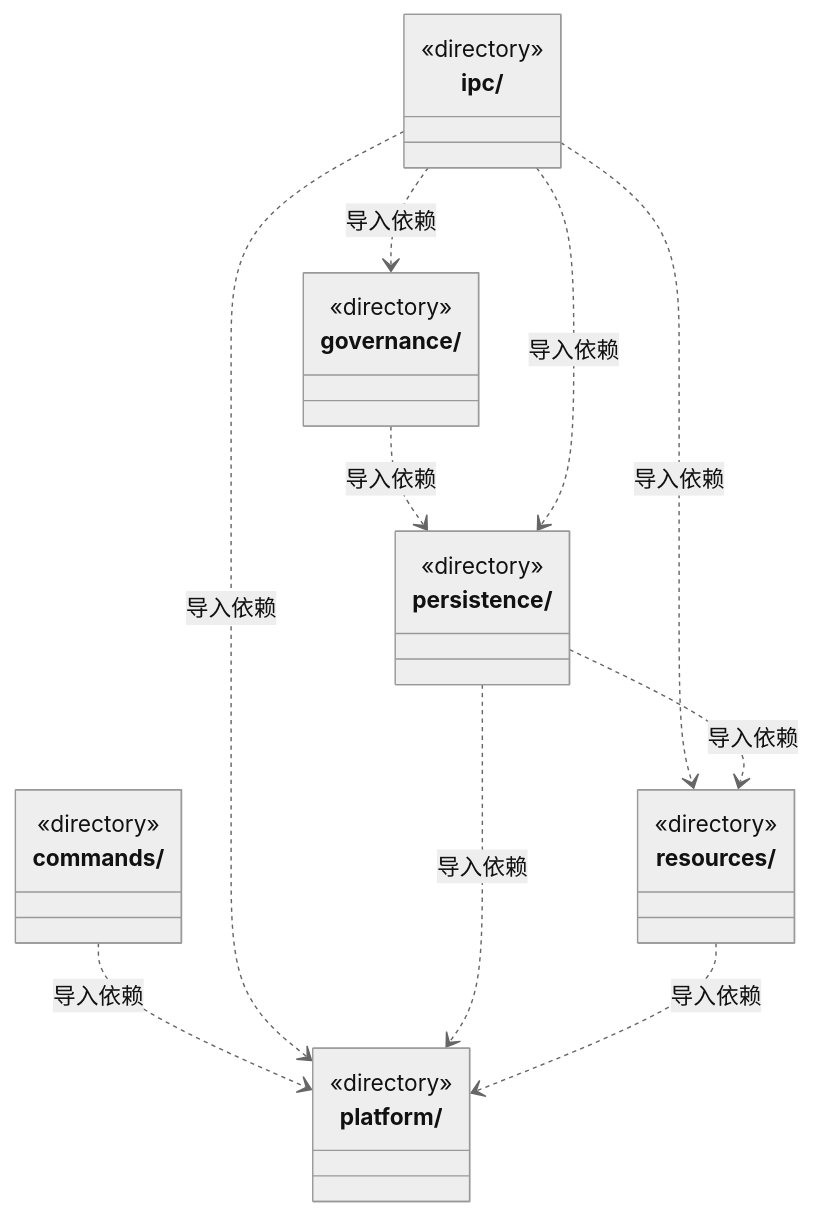
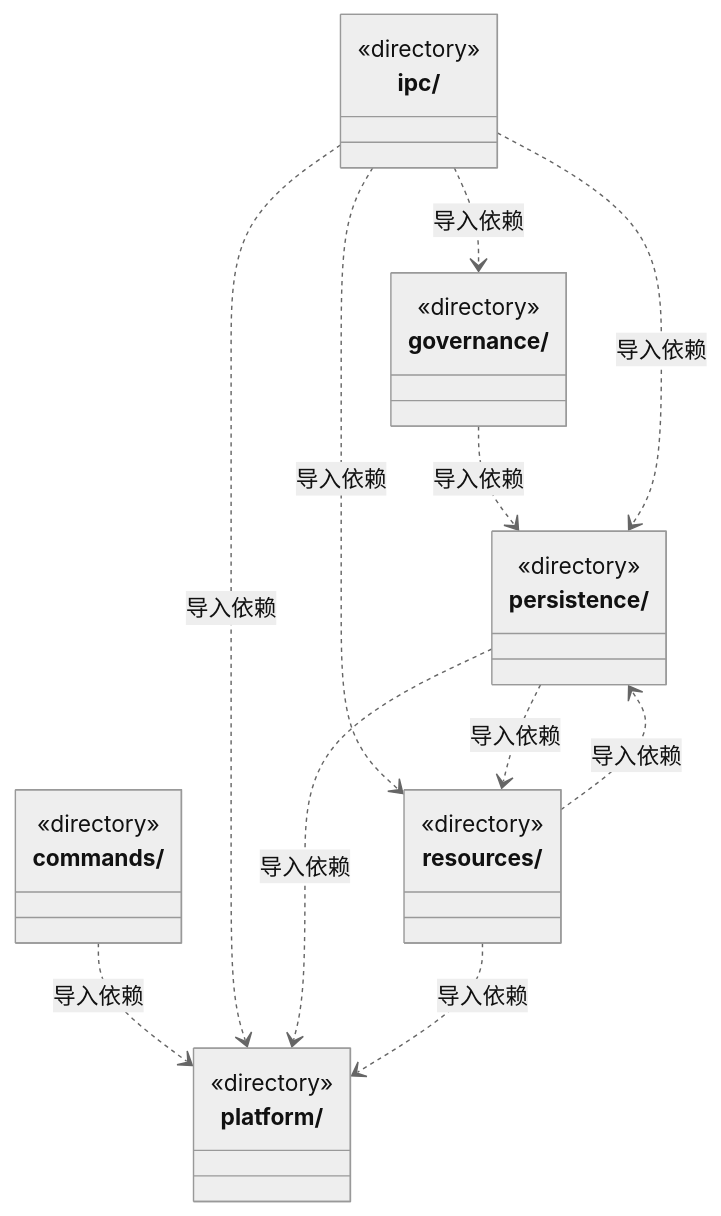
One commit to nan023062/cbim changed the first of 9 diagrams in src/backend/main/ARCHITECTURE.md. Above: the diagram before and after it, drawn with Mermaid (neutral theme). The commit also changed other lines of this file and 41 other files, not shown here.

````diff
--- a/src/backend/main/ARCHITECTURE.md
+++ b/src/backend/main/ARCHITECTURE.md
@@ -24,30 +24,31 @@
 ```mermaid
 classDiagram
 class N_src_backend_main_commands["commands/"] {
   <<directory>>
 }
 class N_src_backend_main_governance["governance/"] {
   <<directory>>
 }
 class N_src_backend_main_ipc["ipc/"] {
   <<directory>>
 }
 class N_src_backend_main_persistence["persistence/"] {
   <<directory>>
 }
 class N_src_backend_main_platform["platform/"] {
   <<directory>>
 }
 class N_src_backend_main_resources["resources/"] {
   <<directory>>
 }
 N_src_backend_main_commands ..> N_src_backend_main_platform : 导入依赖
 N_src_backend_main_governance ..> N_src_backend_main_persistence : 导入依赖
 N_src_backend_main_ipc ..> N_src_backend_main_persistence : 导入依赖
 N_src_backend_main_ipc ..> N_src_backend_main_resources : 导入依赖
 N_src_backend_main_ipc ..> N_src_backend_main_platform : 导入依赖
 N_src_backend_main_ipc ..> N_src_backend_main_governance : 导入依赖
 N_src_backend_main_persistence ..> N_src_backend_main_resources : 导入依赖
 N_src_backend_main_persistence ..> N_src_backend_main_platform : 导入依赖
 N_src_backend_main_resources ..> N_src_backend_main_platform : 导入依赖
+N_src_backend_main_resources ..> N_src_backend_main_persistence : 导入依赖
 ```
````
